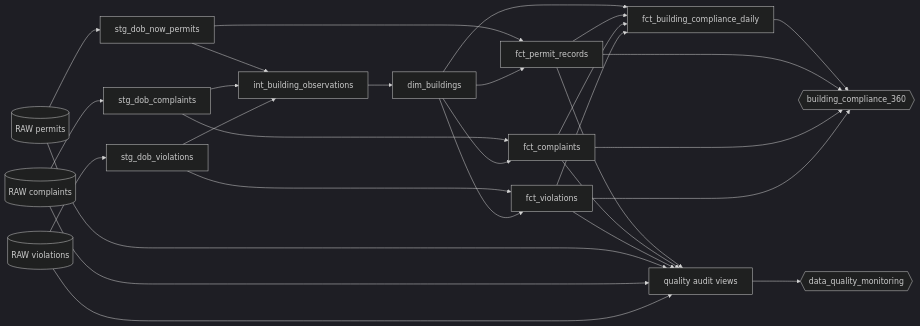
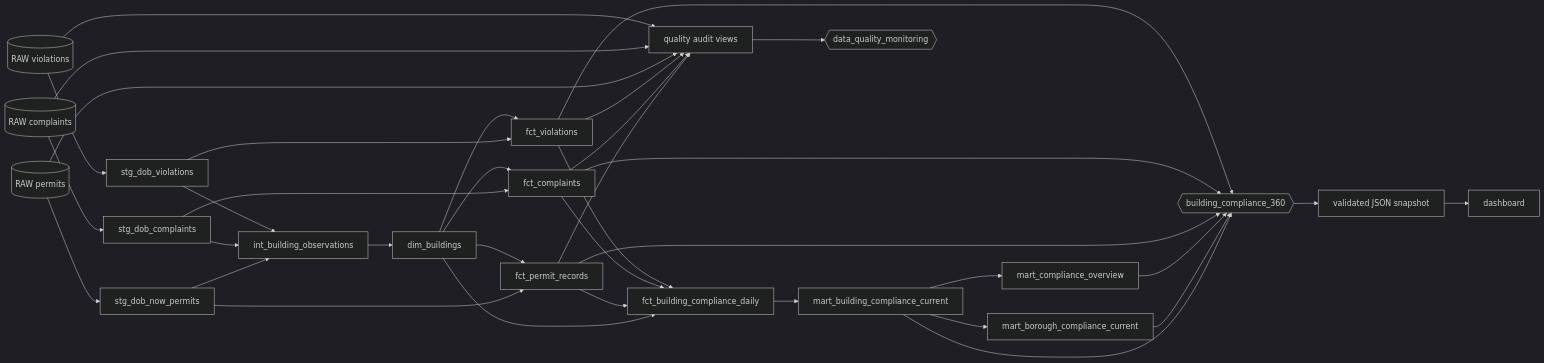
Before and after one commit to tom666d/nyc-building-compliance-analytics: the diagram in docs/lineage.md, drawn with Mermaid (dark theme). The commit also changed other lines of this file and 8 other files, not shown here.

````diff
--- a/docs/lineage.md
+++ b/docs/lineage.md
@@ -10,36 +10,43 @@
 ```mermaid
 flowchart LR
     P[(RAW permits)] --> SP[stg_dob_now_permits]
     C[(RAW complaints)] --> SC[stg_dob_complaints]
     V[(RAW violations)] --> SV[stg_dob_violations]
 
     SP --> O[int_building_observations]
     SC --> O
     SV --> O
     O --> D[dim_buildings]
 
     SP --> FP[fct_permit_records]
     SC --> FC[fct_complaints]
     SV --> FV[fct_violations]
     D --> FP
     D --> FC
     D --> FV
 
     D --> S[fct_building_compliance_daily]
     FP --> S
     FC --> S
     FV --> S
 
-    S --> E1{{building_compliance_360}}
+    S --> MB[mart_building_compliance_current]
+    MB --> MR[mart_borough_compliance_current]
+    MB --> MO[mart_compliance_overview]
+    MB --> E1{{building_compliance_360}}
+    MR --> E1
+    MO --> E1
     FP --> E1
     FC --> E1
     FV --> E1
+    E1 --> J[validated JSON snapshot]
+    J --> W[dashboard]
 
     FP --> Q[quality audit views]
     FC --> Q
     FV --> Q
     P --> Q
     C --> Q
     V --> Q
     Q --> E2{{data_quality_monitoring}}
 ```
````
